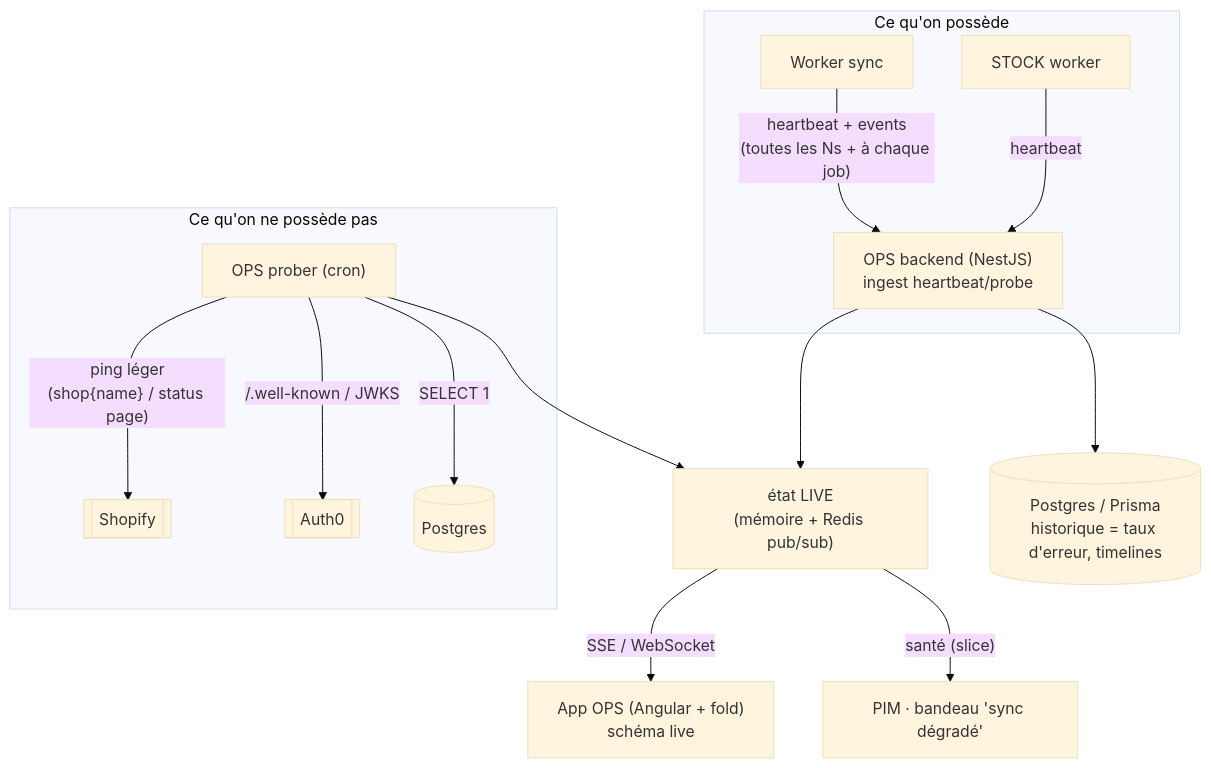
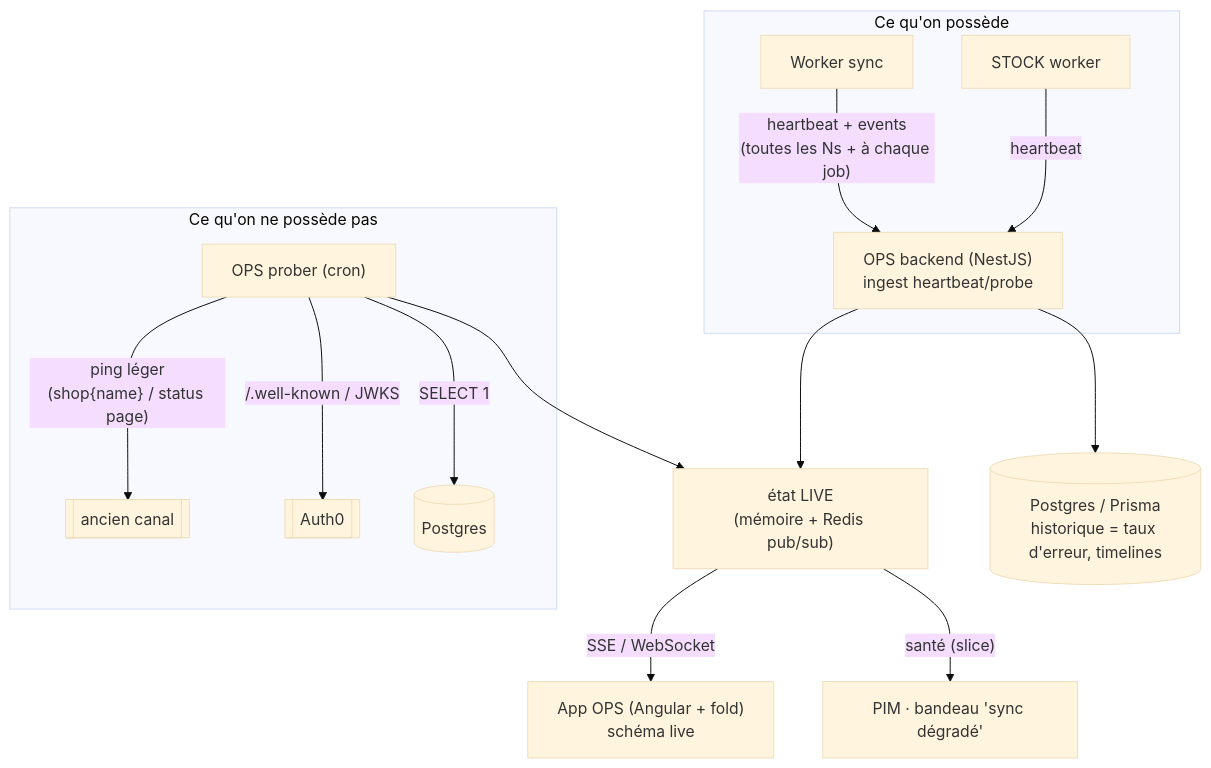
The second of 2 diagrams in documentation/suite/architecture-ops-ecosystem-health.md (hugoheynard/lfd), drawn with Mermaid (base theme) before and after one commit. The commit also changed other lines of this file and 39 other files, not shown here.

````diff
--- a/documentation/suite/architecture-ops-ecosystem-health.md
+++ b/documentation/suite/architecture-ops-ecosystem-health.md
@@ -112,17 +116,17 @@
 ```mermaid
 flowchart TB
   subgraph owned["Ce qu'on possède"]
     W1["Worker sync"] -- "heartbeat + events\n(toutes les Ns + à chaque job)" --> ING
     W2["STOCK worker"] -- heartbeat --> ING
   end
   subgraph probes["Ce qu'on ne possède pas"]
-    PRB["OPS prober (cron)"] -- "ping léger\n(shop{name} / status page)" --> SHOP[["Shopify"]]
+    PRB["OPS prober (cron)"] -- "ping léger\n(shop{name} / status page)" --> SHOP[["ancien canal"]]
     PRB -- "/.well-known / JWKS" --> AUTH[["Auth0"]]
     PRB -- "SELECT 1" --> PG[("Postgres")]
   end
   ING["OPS backend (NestJS)\ningest heartbeat/probe"] --> LIVE["état LIVE\n(mémoire + Redis pub/sub)"]
   PRB --> LIVE
   ING --> PG2[("Postgres / Prisma\nhistorique = taux d'erreur, timelines")]
   LIVE -- "SSE / WebSocket" --> APP["App OPS (Angular + fold)\nschéma live"]
   LIVE -- "santé (slice)" --> PIMUI["PIM · bandeau 'sync dégradé'"]
 ```
````
